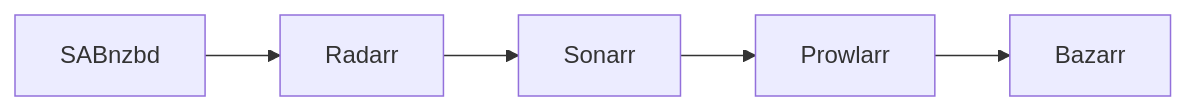
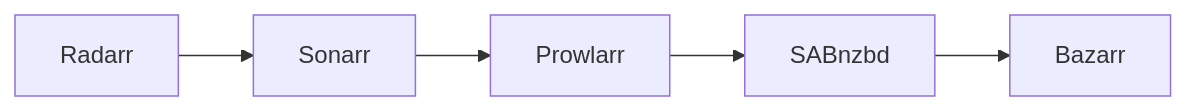
The first of 2 diagrams in docs/src/concepts/sync-order.md (aldoborrero/configarr), drawn with Mermaid before and after one commit. The commit also changed other lines of this file and 30 other files, not shown here.

````diff
--- a/docs/src/concepts/sync-order.md
+++ b/docs/src/concepts/sync-order.md
@@ -10,4 +11,4 @@
 ```mermaid
 flowchart LR
-    A[SABnzbd] --> B[Radarr] --> C[Sonarr] --> D[Prowlarr] --> E[Bazarr]
+    A[Radarr] --> B[Sonarr] --> C[Prowlarr] --> D[SABnzbd] --> E[Bazarr]
 ```
````
